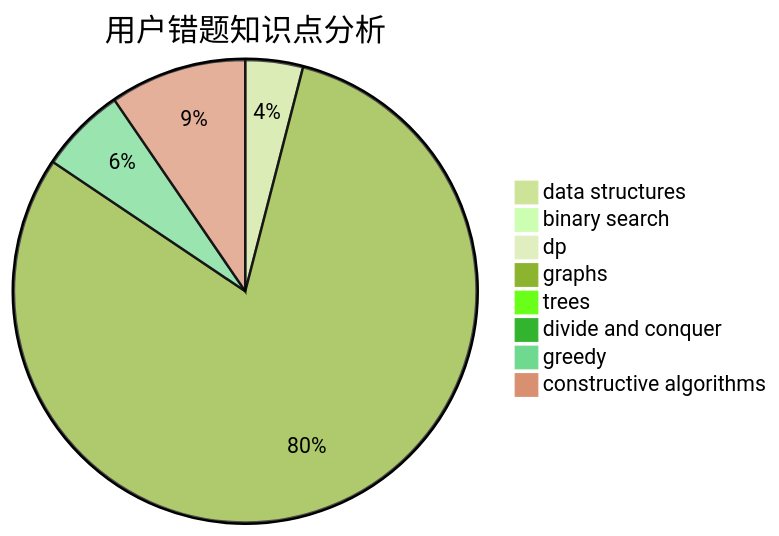
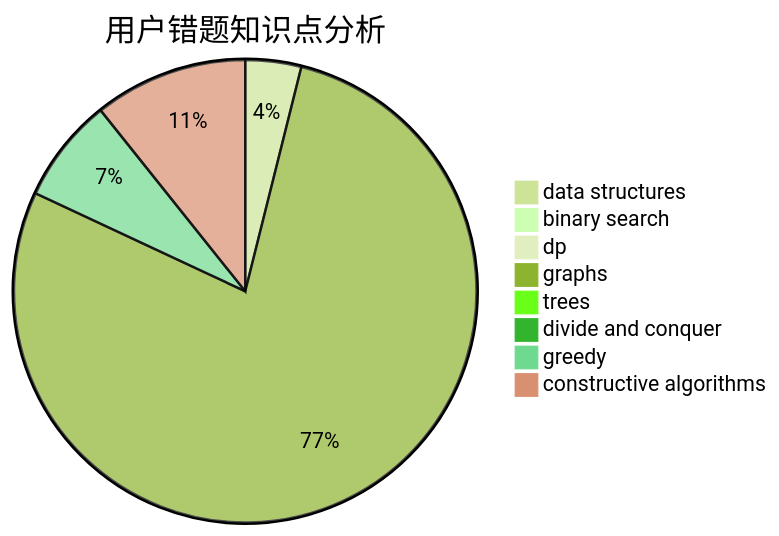
One commit to sherpahu/cfrs.github.io changed the third of 3 diagrams in docs/user/u2033.md. Above: the diagram before and after it, drawn with Mermaid (forest theme). The commit also changed other lines of this file and 2770 other files, not shown here.

````diff
--- a/docs/user/u2033.md
+++ b/docs/user/u2033.md
@@ -36,11 +36,11 @@
 ```mermaid
 pie title 用户错题知识点分析
     "data structures" :  8
     "binary search" :  1
     "dp" :  1
     "graphs" :  160
     "trees" :  0
     "divide and conquer" :  0
-    "greedy" :  12
-    "constructive algorithms" :  19
+    "greedy" :  15
+    "constructive algorithms" :  22
 ```
````
